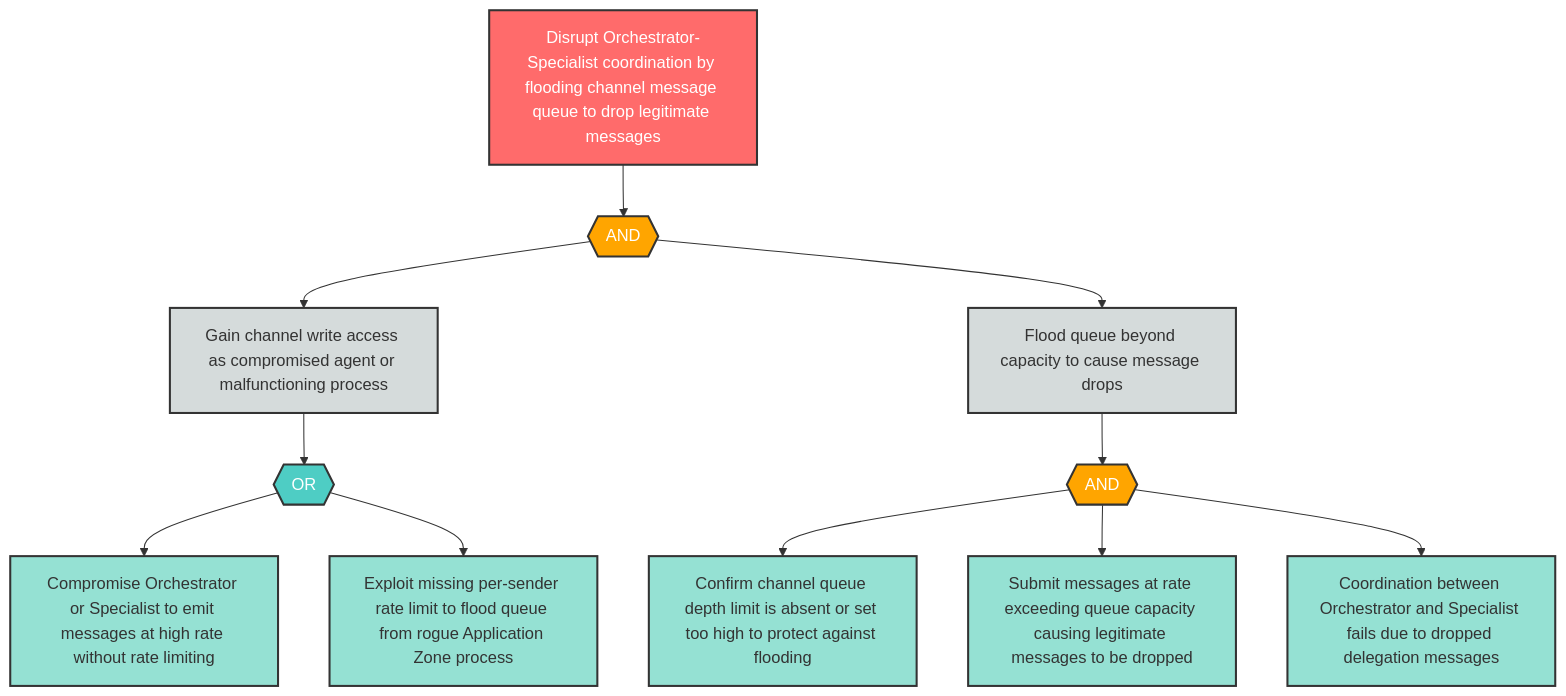
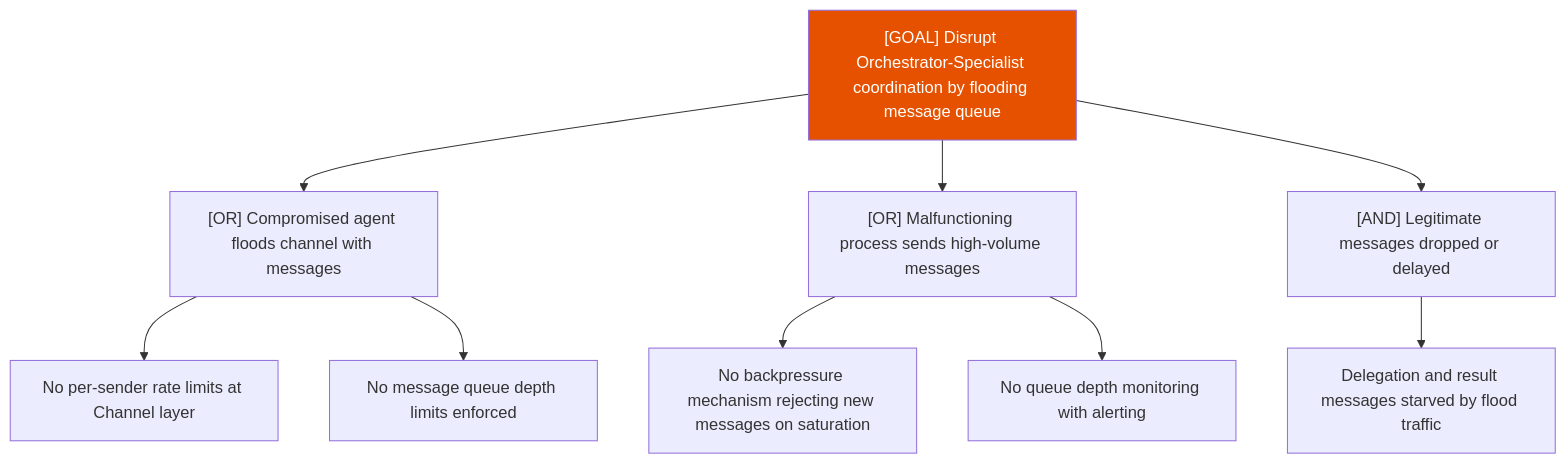
One commit to q-qp-p/davidmatousek-tachi changed the diagram in examples/agentic-app/sample-report/attack-trees/d-4-attack-tree.md. Above: the diagram before and after it, drawn with Mermaid. The commit also changed other lines of this file and 132 other files, not shown here.

````diff
--- a/examples/agentic-app/sample-report/attack-trees/d-4-attack-tree.md
+++ b/examples/agentic-app/sample-report/attack-trees/d-4-attack-tree.md
@@ -8,37 +7,14 @@
 ```mermaid
-flowchart TD
-    D4_root["Disrupt Orchestrator-Specialist coordination by flooding channel message queue to drop legitimate messages"]
-    D4_and1{{"AND"}}
-    D4_sub1["Gain channel write access as compromised agent or malfunctioning process"]
-    D4_sub2["Flood queue beyond capacity to cause message drops"]
-    D4_or1{{"OR"}}
-    D4_leaf1["Compromise Orchestrator or Specialist to emit messages at high rate without rate limiting"]
-    D4_leaf2["Exploit missing per-sender rate limit to flood queue from rogue Application Zone process"]
-    D4_and2{{"AND"}}
-    D4_leaf3["Confirm channel queue depth limit is absent or set too high to protect against flooding"]
-    D4_leaf4["Submit messages at rate exceeding queue capacity causing legitimate messages to be dropped"]
-    D4_leaf5["Coordination between Orchestrator and Specialist fails due to dropped delegation messages"]
-
-    D4_root --> D4_and1
-    D4_and1 --> D4_sub1
-    D4_and1 --> D4_sub2
-    D4_sub1 --> D4_or1
-    D4_or1 --> D4_leaf1
-    D4_or1 --> D4_leaf2
-    D4_sub2 --> D4_and2
-    D4_and2 --> D4_leaf3
-    D4_and2 --> D4_leaf4
-    D4_and2 --> D4_leaf5
-
-    classDef goal fill:#ff6b6b,stroke:#333,stroke-width:2px,color:#fff
-    classDef andGate fill:#ffa500,stroke:#333,stroke-width:2px,color:#fff
-    classDef orGate fill:#4ecdc4,stroke:#333,stroke-width:2px,color:#fff
-    classDef subGoal fill:#d5dbdb,stroke:#333,stroke-width:2px,color:#333
-    classDef leaf fill:#95e1d3,stroke:#333,stroke-width:2px,color:#333
-
-    class D4_root goal
-    class D4_and1,D4_and2 andGate
-    class D4_or1 orGate
-    class D4_sub1,D4_sub2 subGoal
-    class D4_leaf1,D4_leaf2,D4_leaf3,D4_leaf4,D4_leaf5 leaf
+graph TD
+    Goal["[GOAL] Disrupt Orchestrator-Specialist coordination by flooding message queue"]
+    Goal --> A["[OR] Compromised agent floods channel with messages"]
+    A --> A1["No per-sender rate limits at Channel layer"]
+    A --> A2["No message queue depth limits enforced"]
+    Goal --> B["[OR] Malfunctioning process sends high-volume messages"]
+    B --> B1["No backpressure mechanism rejecting new messages on saturation"]
+    B --> B2["No queue depth monitoring with alerting"]
+    Goal --> C["[AND] Legitimate messages dropped or delayed"]
+    C --> C1["Delegation and result messages starved by flood traffic"]
+    classDef high fill:#e65100,color:#fff
+    class Goal high
 ```
````
